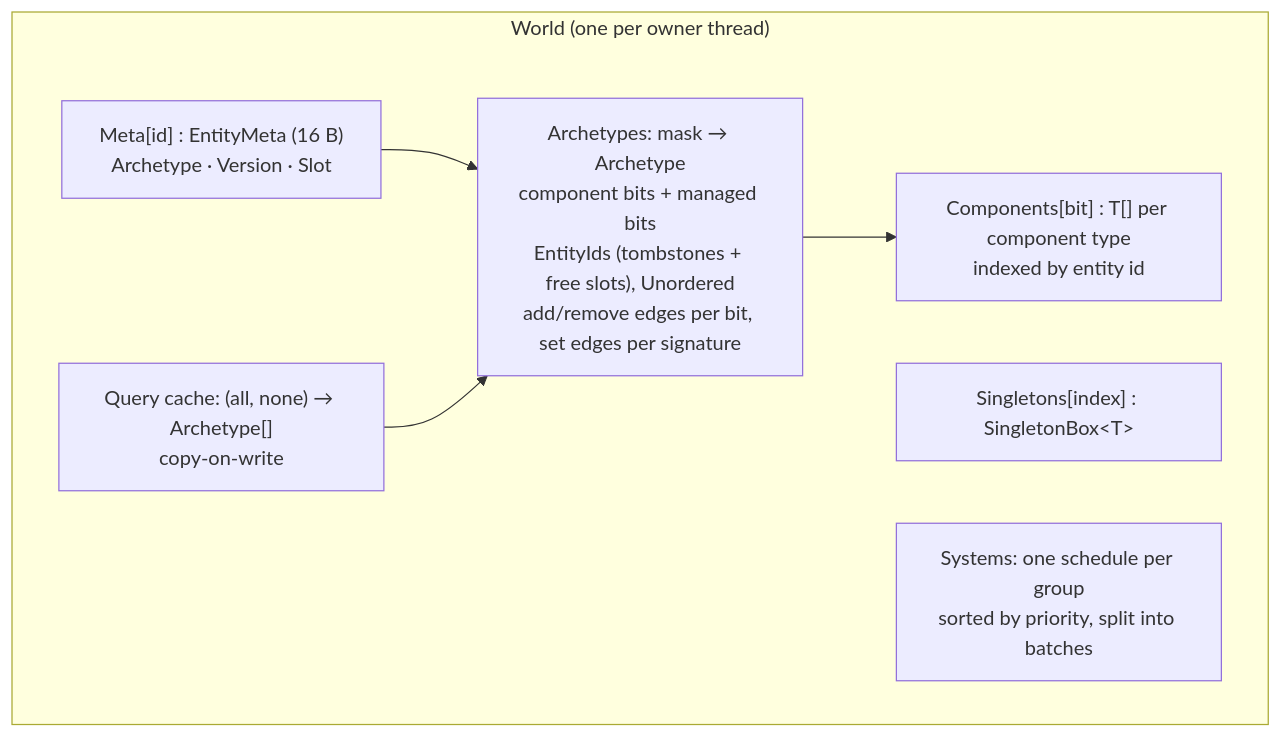
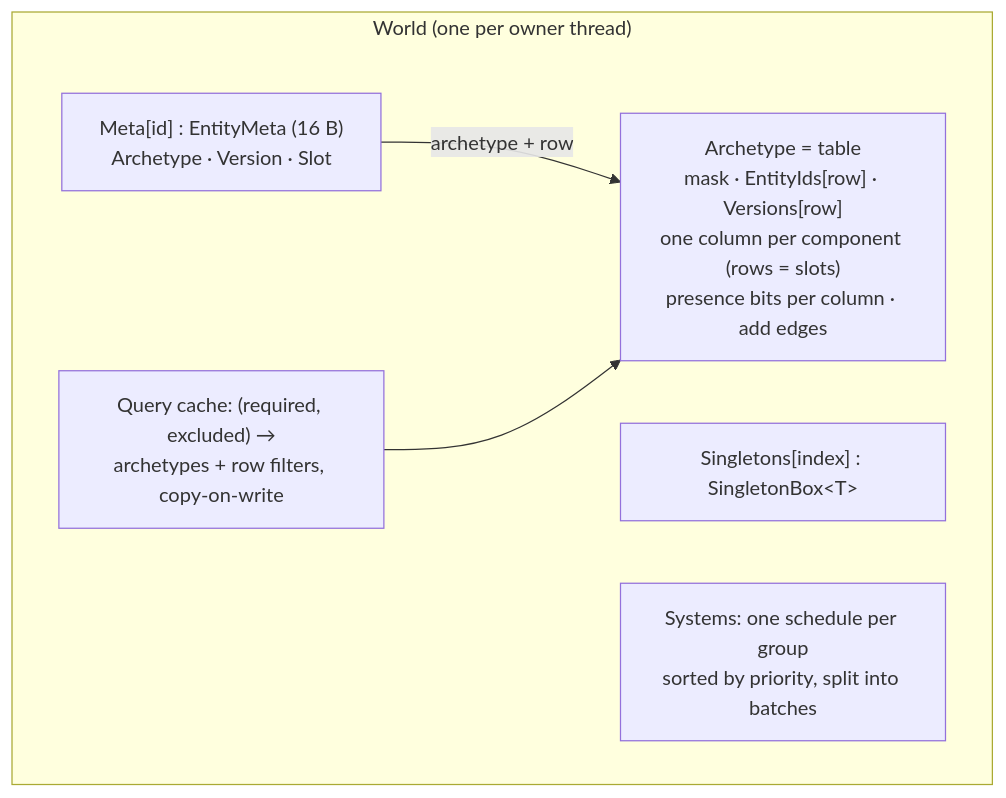
One commit to JasonXuDeveloper/EasyEcs changed the first of 3 diagrams in doc/architecture.md. Above: the diagram before and after it, drawn with Mermaid. The commit also changed other lines of this file and 15 other files, not shown here.

First line of the commit message:
docs: archetype tables, presence bits and 4.1 numbers

````diff
--- a/doc/architecture.md
+++ b/doc/architecture.md
@@ -13,14 +13,12 @@
 ```mermaid
 flowchart TB
     subgraph "World (one per owner thread)"
         Meta["Meta[id] : EntityMeta (16 B)<br/>Archetype · Version · Slot"]
-        Cols["Components[bit] : T[] per component type<br/>indexed by entity id"]
-        Arch["Archetypes: mask → Archetype<br/>component bits + managed bits<br/>EntityIds (tombstones + free slots), Unordered<br/>add/remove edges per bit, set edges per signature"]
-        QC["Query cache: (all, none) → Archetype[]<br/>copy-on-write"]
+        Arch["Archetype = table<br/>mask · EntityIds[row] · Versions[row]<br/>one column per component (rows = slots)<br/>presence bits per column · add edges"]
+        QC["Query cache: (required, excluded) →<br/>archetypes + row filters, copy-on-write"]
         Single["Singletons[index] : SingletonBox&lt;T&gt;"]
         Sys["Systems: one schedule per group<br/>sorted by priority, split into batches"]
     end
-    Meta --> Arch
-    Arch --> Cols
+    Meta -->|archetype + row| Arch
     QC --> Arch
 ```
````
